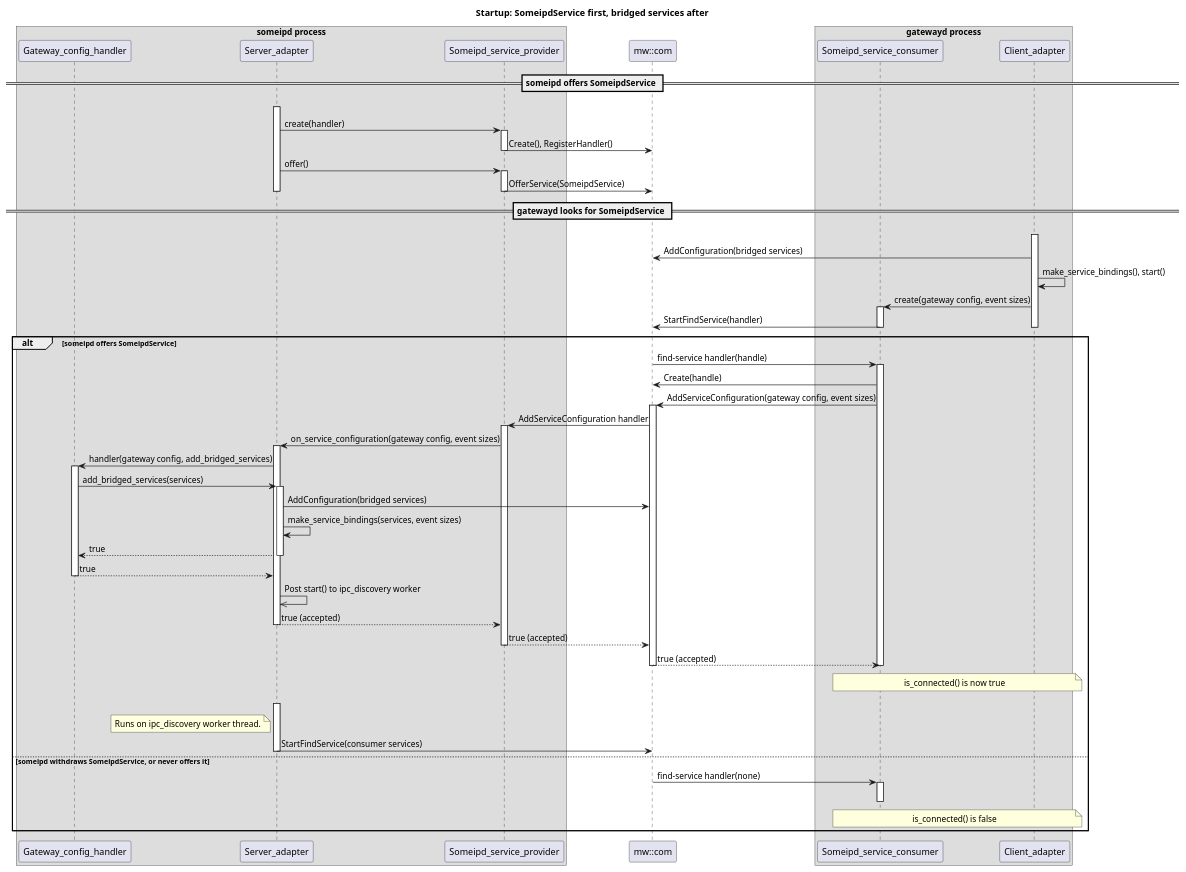
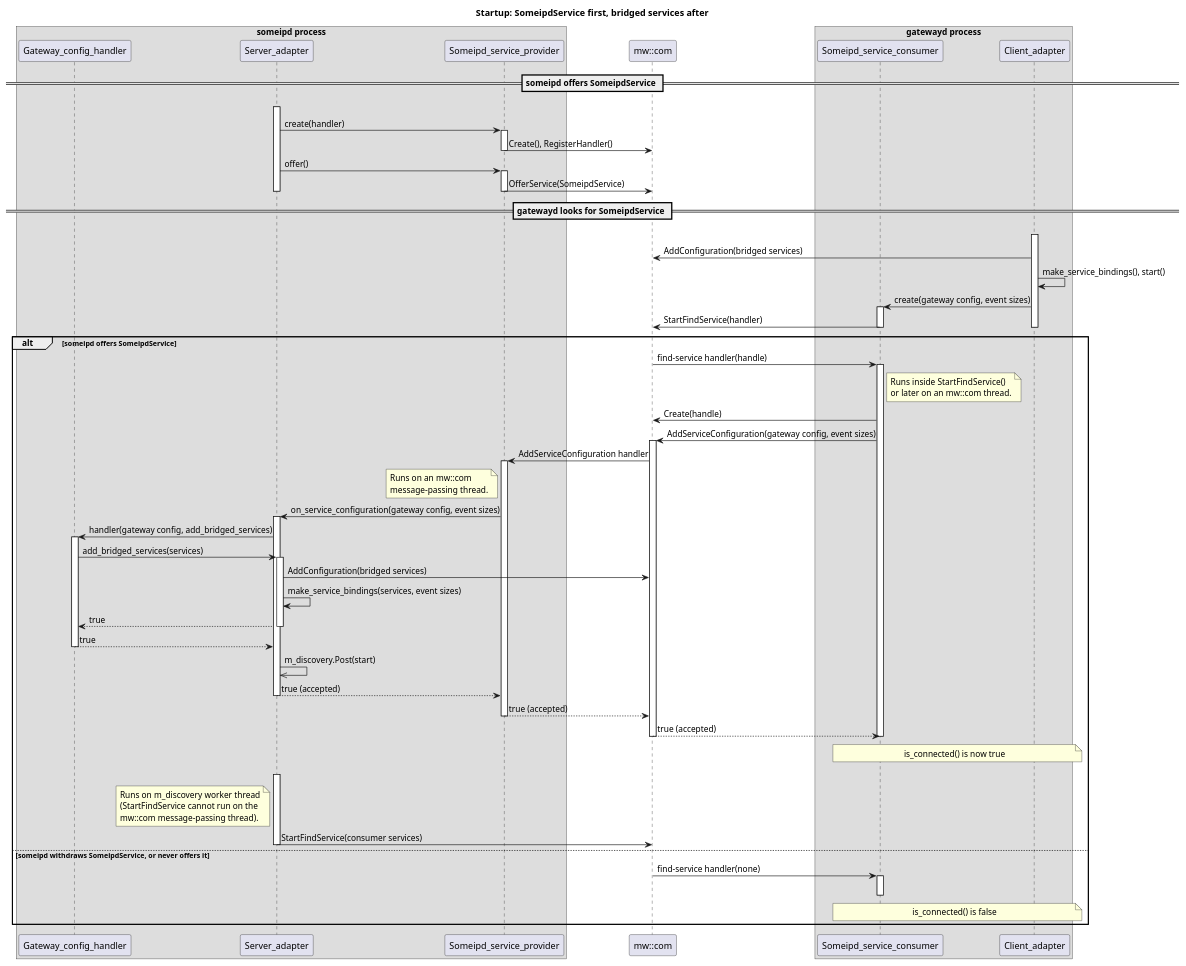
One commit to eclipse-score/inc_someip_gateway changed the diagram in score/gateway_ipc_binding/docs/models/mw_com_startup.puml. Above: the diagram before and after it, drawn with PlantUML. The commit also changed 4 other files, not shown here.

Commit message:
docs(gateway_ipc_binding): restore baseline threading section and PlantUML models

```diff
--- a/score/gateway_ipc_binding/docs/models/mw_com_startup.puml
+++ b/score/gateway_ipc_binding/docs/models/mw_com_startup.puml
@@ -14,80 +14,82 @@
 @startuml mw_com_startup_someipd_gatewayd
 title Startup: SomeipdService first, bridged services after
 
 box "someipd process"
 participant "Gateway_config_handler" as handler
 participant "Server_adapter" as server
 participant "Someipd_service_provider" as sdsvc_provider
 end box
 participant "mw::com" as mwcom
 box "gatewayd process"
 participant "Someipd_service_consumer" as sdsvc_consumer
 participant "Client_adapter" as client
 end box
 
 == someipd offers SomeipdService ==
 server -[hidden]-> server
 activate server
 server -> sdsvc_provider : create(handler)
 activate sdsvc_provider
 sdsvc_provider -> mwcom : Create(), RegisterHandler()
 deactivate sdsvc_provider
 server -> sdsvc_provider : offer()
 activate sdsvc_provider
 sdsvc_provider -> mwcom : OfferService(SomeipdService)
 deactivate sdsvc_provider
 deactivate server
 
 == gatewayd looks for SomeipdService ==
 client -[hidden]-> client
 activate client
 client -> mwcom : AddConfiguration(bridged services)
 client -> client : make_service_bindings(), start()
 client -> sdsvc_consumer : create(gateway config, event sizes)
 activate sdsvc_consumer
 sdsvc_consumer -> mwcom : StartFindService(handler)
 deactivate sdsvc_consumer
 deactivate client
 
 alt someipd offers SomeipdService
   mwcom -> sdsvc_consumer : find-service handler(handle)
   activate sdsvc_consumer
+  note right of sdsvc_consumer : Runs inside StartFindService()\nor later on an mw::com thread.
   sdsvc_consumer -> mwcom : Create(handle)
   sdsvc_consumer -> mwcom : AddServiceConfiguration(gateway config, event sizes)
   activate mwcom
   mwcom -> sdsvc_provider : AddServiceConfiguration handler
   activate sdsvc_provider
+  note left of sdsvc_provider : Runs on an mw::com\nmessage-passing thread.
   sdsvc_provider -> server : on_service_configuration(gateway config, event sizes)
   activate server
   server -> handler : handler(gateway config, add_bridged_services)
   activate handler
   handler -> server : add_bridged_services(services)
   activate server
   server -> mwcom : AddConfiguration(bridged services)
   server -> server : make_service_bindings(services, event sizes)
   server --> handler : true
   deactivate server
   handler --> server : true
   deactivate handler
-  server ->> server : Post start() to ipc_discovery worker
+  server ->> server : m_discovery.Post(start)
   server --> sdsvc_provider : true (accepted)
   deactivate server
   sdsvc_provider --> mwcom : true (accepted)
   deactivate sdsvc_provider
   mwcom --> sdsvc_consumer : true (accepted)
   deactivate mwcom
   deactivate sdsvc_consumer
   note over sdsvc_consumer, client : is_connected() is now true
 
   server -[hidden]-> server
   activate server
-  note left of server : Runs on ipc_discovery worker thread.
+  note left of server : Runs on m_discovery worker thread\n(StartFindService cannot run on the\nmw::com message-passing thread).
   server -> mwcom : StartFindService(consumer services)
   deactivate server
 else someipd withdraws SomeipdService, or never offers it
   mwcom -> sdsvc_consumer : find-service handler(none)
   activate sdsvc_consumer
   note over sdsvc_consumer, client : is_connected() is false
   deactivate sdsvc_consumer
 end
 @enduml
```
